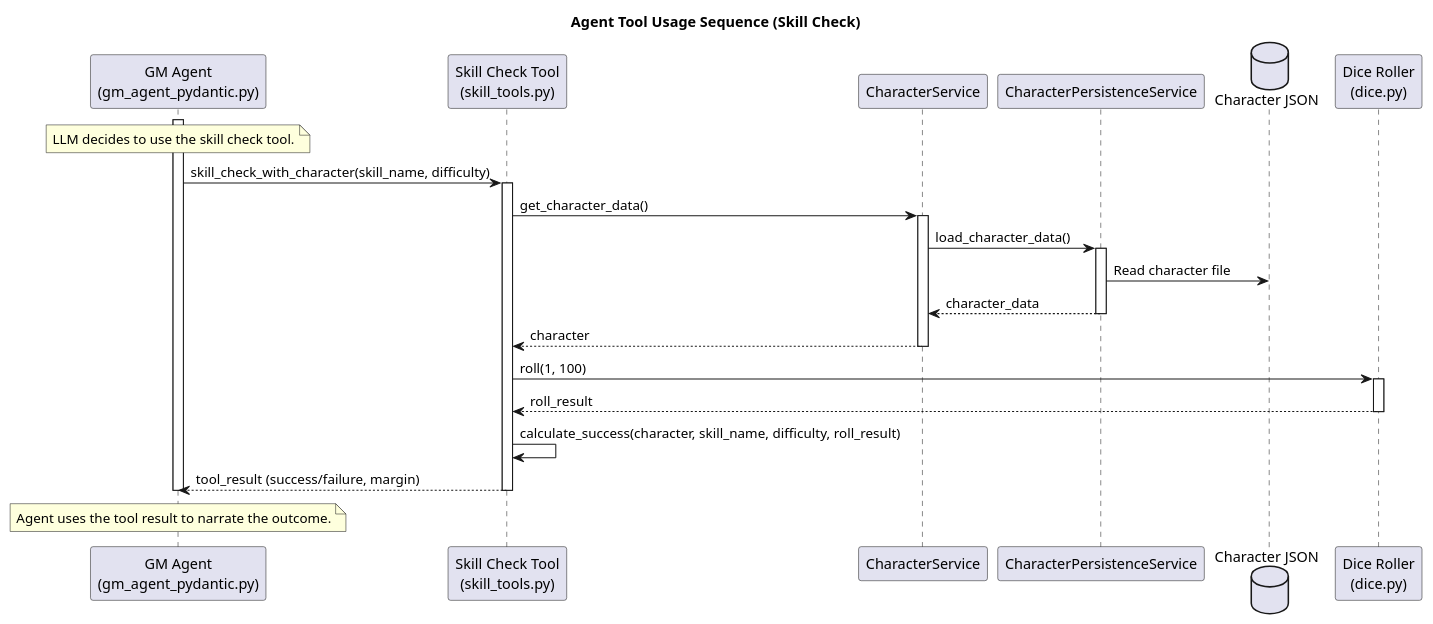
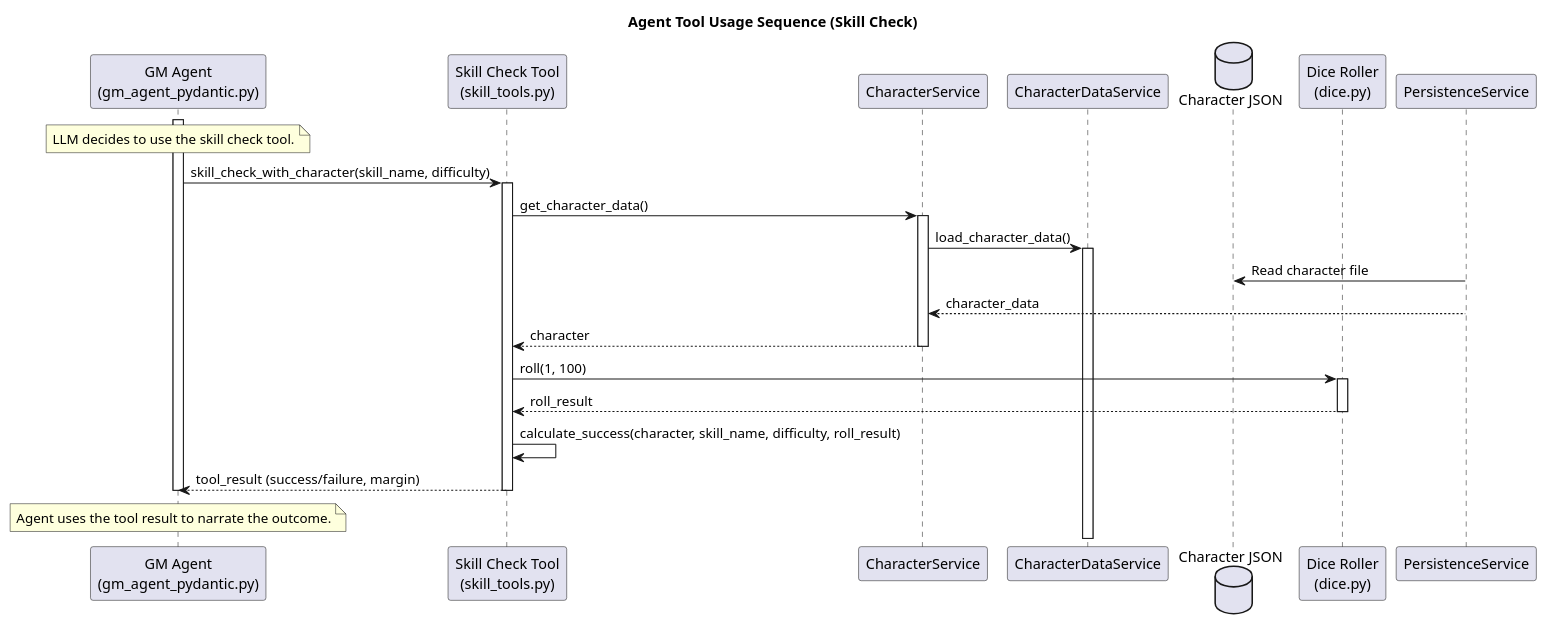
The diagram in docs/uml/sequence_agent_tool_usage.puml (cyberbobjr/jdr), drawn with PlantUML before and after one commit. The commit also changed 54 other files, not shown here.

First line of the commit message:
refactor(api): consolidate character persistence layer

```diff
--- a/docs/uml/sequence_agent_tool_usage.puml
+++ b/docs/uml/sequence_agent_tool_usage.puml
@@ -1,41 +1,41 @@
 @startuml
 title Agent Tool Usage Sequence (Skill Check)
 
 participant "GM Agent\n(gm_agent_pydantic.py)" as GmAgent
 participant "Skill Check Tool\n(skill_tools.py)" as SkillTool
 participant "CharacterService" as CharacterService
-participant "CharacterPersistenceService" as PersistenceService
+participant "CharacterDataService" as DataService
 database "Character JSON" as CharacterDB
 participant "Dice Roller\n(dice.py)" as Dice
 
 activate GmAgent
 
 note over GmAgent: LLM decides to use the skill check tool.
 GmAgent -> SkillTool: skill_check_with_character(skill_name, difficulty)
 activate SkillTool
 
 SkillTool -> CharacterService: get_character_data()
 activate CharacterService
-CharacterService -> PersistenceService: load_character_data()
-activate PersistenceService
+CharacterService -> DataService: load_character_data()
+activate DataService
 PersistenceService -> CharacterDB: Read character file
 PersistenceService --> CharacterService: character_data
 deactivate PersistenceService
 CharacterService --> SkillTool: character
 deactivate CharacterService
 
 SkillTool -> Dice: roll(1, 100)
 activate Dice
 Dice --> SkillTool: roll_result
 deactivate Dice
 
 SkillTool -> SkillTool: calculate_success(character, skill_name, difficulty, roll_result)
 
 SkillTool --> GmAgent: tool_result (success/failure, margin)
 deactivate SkillTool
 
 note over GmAgent: Agent uses the tool result to narrate the outcome.
 
 deactivate GmAgent
 
 @enduml
```
